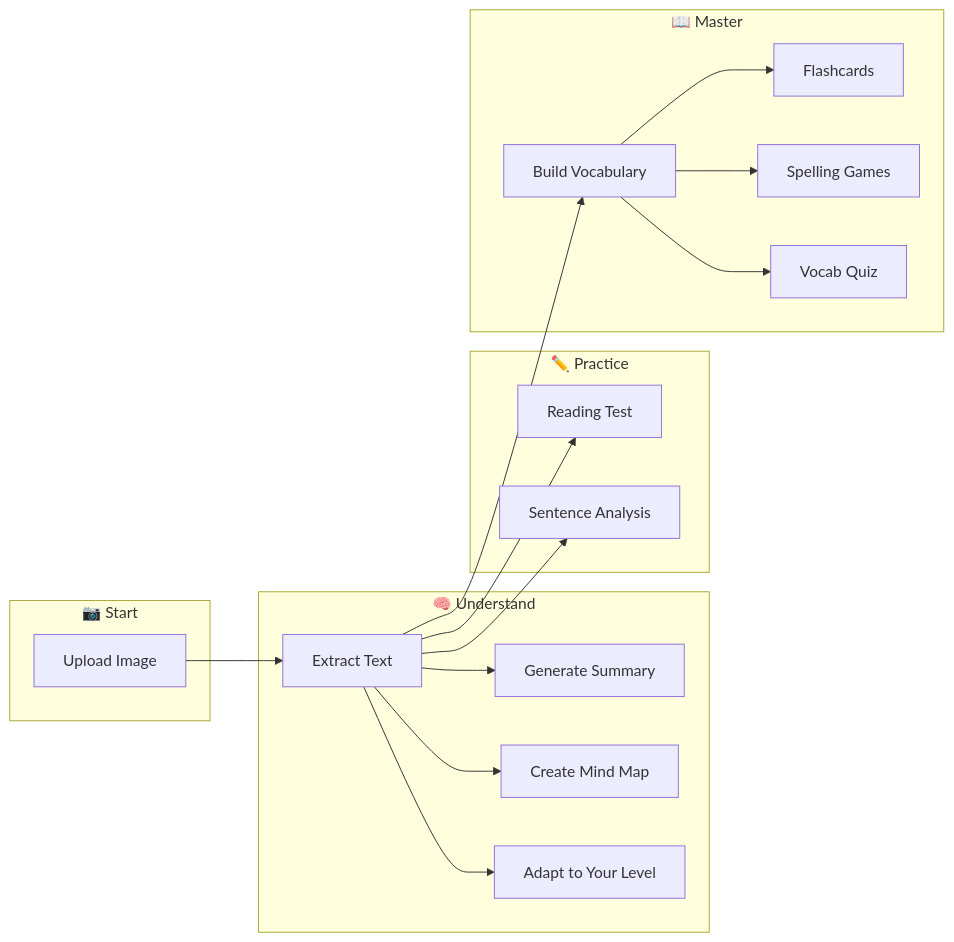
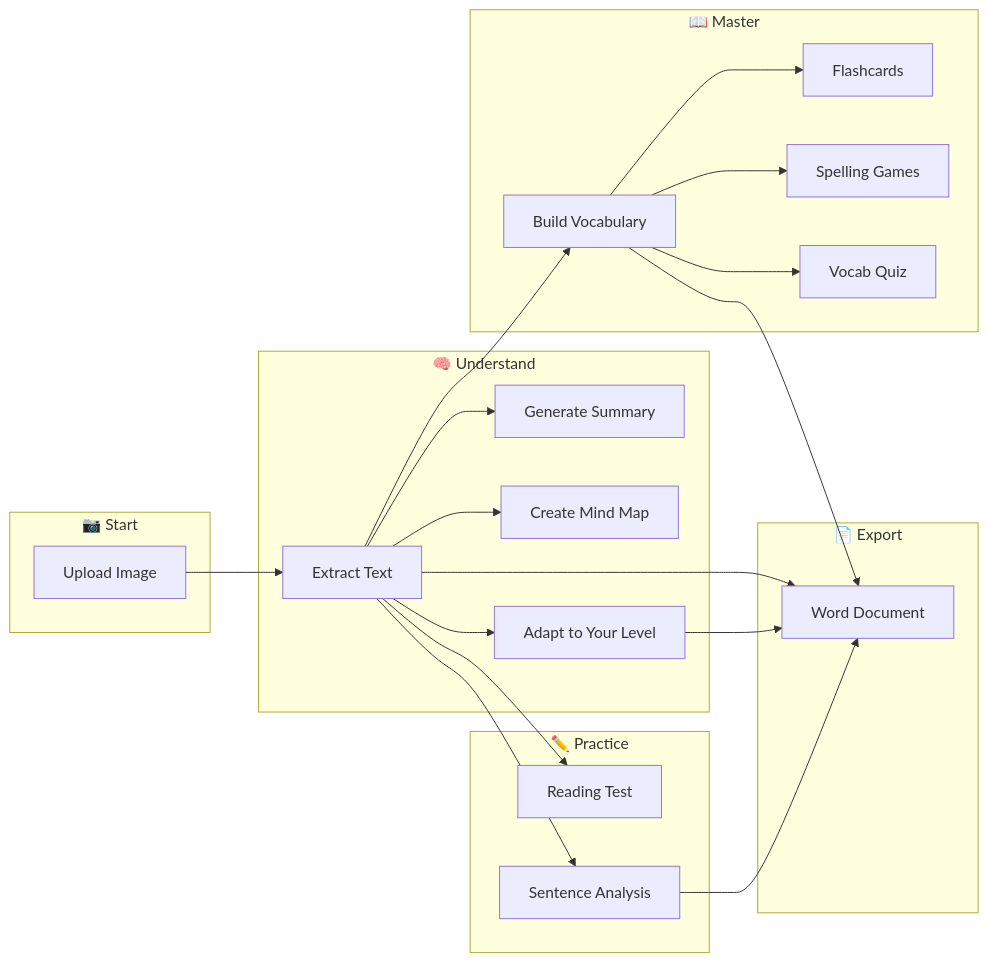
One commit to bentwnghk/reading-assistant changed the diagram in README.md. Above: the diagram before and after it, drawn with Mermaid. The commit also changed other lines of this file and 3 other files, not shown here.

````diff
--- a/README.md
+++ b/README.md
@@ -30,29 +30,34 @@
 ```mermaid
 flowchart LR
     subgraph INPUT["📷 Start"]
         A[Upload Image]
     end
     
     subgraph UNDERSTAND["🧠 Understand"]
         B[Extract Text]
         C[Generate Summary]
         D[Create Mind Map]
         E[Adapt to Your Level]
     end
     
     subgraph PRACTICE["✏️ Practice"]
         F[Reading Test]
         G[Sentence Analysis]
     end
     
     subgraph MASTER["📖 Master"]
         H[Build Vocabulary]
         I[Flashcards]
         J[Spelling Games]
         K[Vocab Quiz]
     end
     
+    subgraph EXPORT["📄 Export"]
+        L[Word Document]
+    end
+    
     A --> B --> C & D & E
     B --> F & G
     B --> H --> I & J & K
+    B & E & G & H --> L
 ```
````
